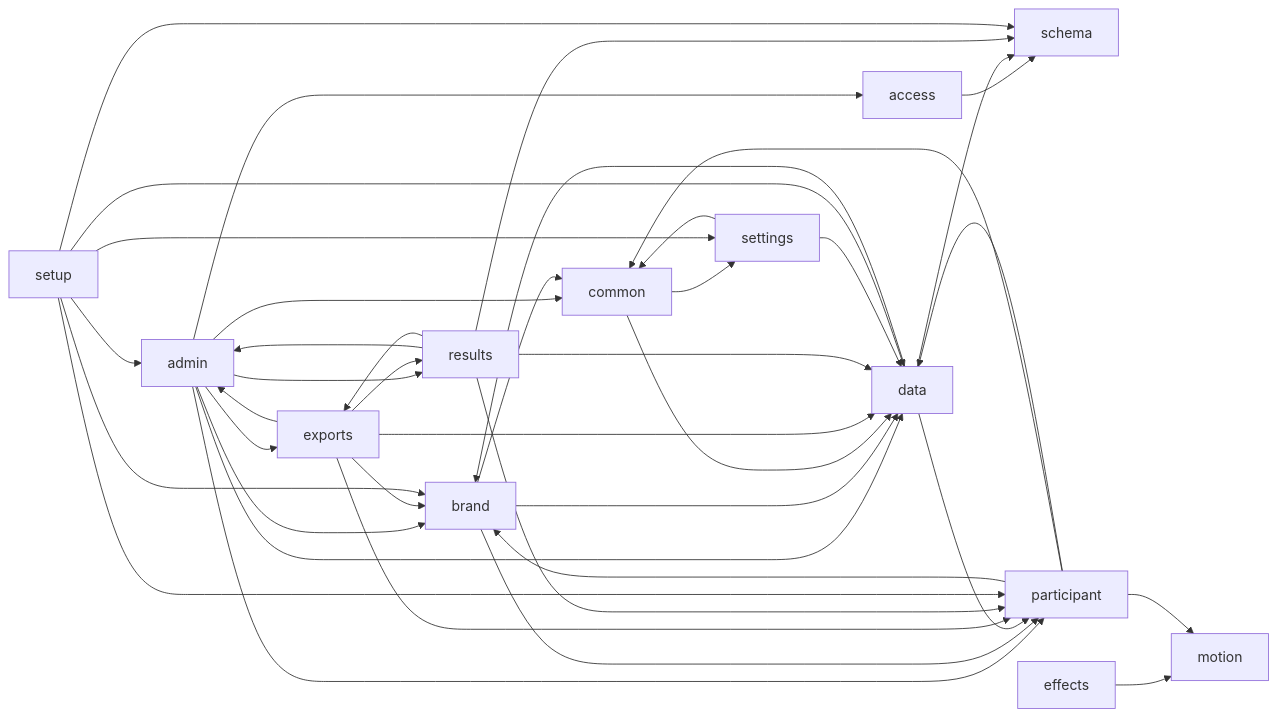
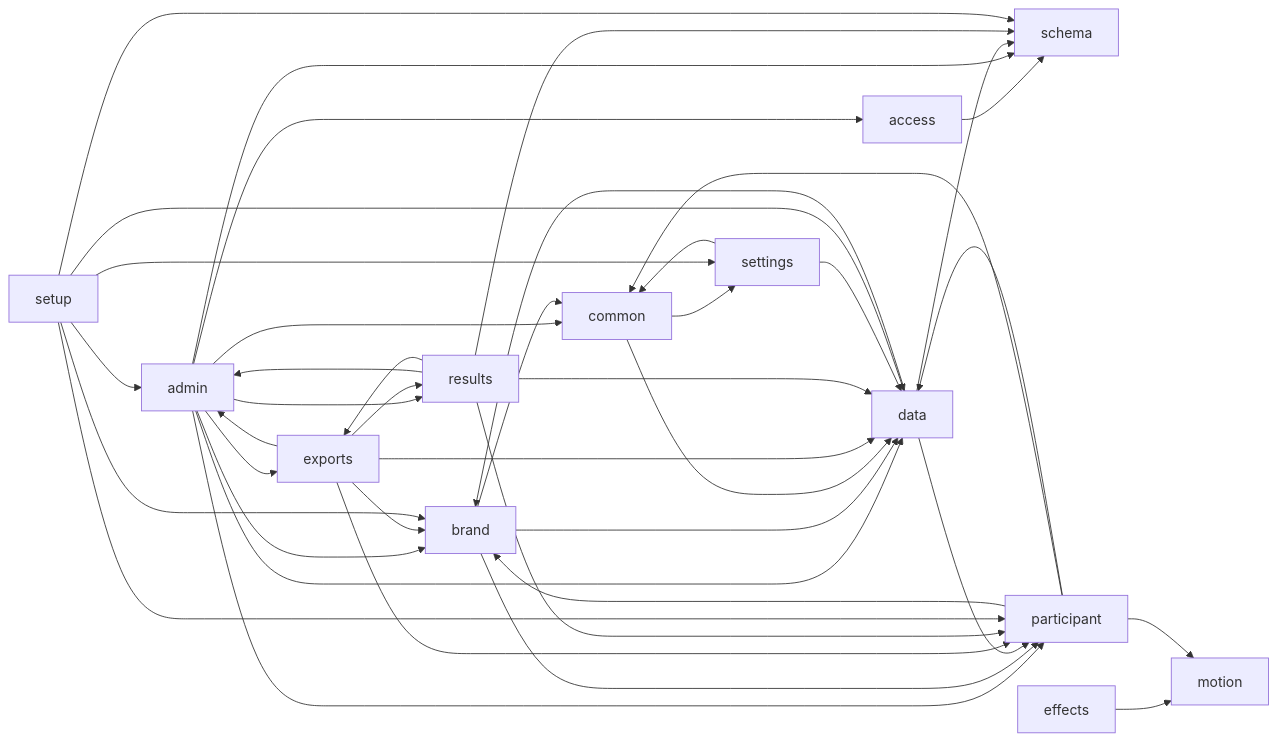
One commit to satyagames/pursuit-managed-services changed the diagram in docs/MODULES.md. Above: the diagram before and after it, drawn with Mermaid. The commit also changed other lines of this file and 17 other files, not shown here.

````diff
--- a/docs/MODULES.md
+++ b/docs/MODULES.md
@@ -14,42 +14,43 @@
 ```mermaid
 flowchart LR
   access --> schema
   admin --> access
   admin --> brand
   admin --> common
   admin --> data
   admin --> exports
   admin --> participant
   admin --> results
+  admin --> schema
   brand --> common
   brand --> data
   brand --> participant
   common --> data
   common --> settings
   data --> brand
   data --> participant
   data --> schema
   effects --> motion
   exports --> admin
   exports --> brand
   exports --> data
   exports --> participant
   exports --> results
   participant --> brand
   participant --> common
   participant --> data
   participant --> motion
   results --> admin
   results --> data
   results --> exports
   results --> participant
   results --> schema
   settings --> common
   settings --> data
   setup --> admin
   setup --> brand
   setup --> data
   setup --> participant
   setup --> schema
   setup --> settings
 ```
````
